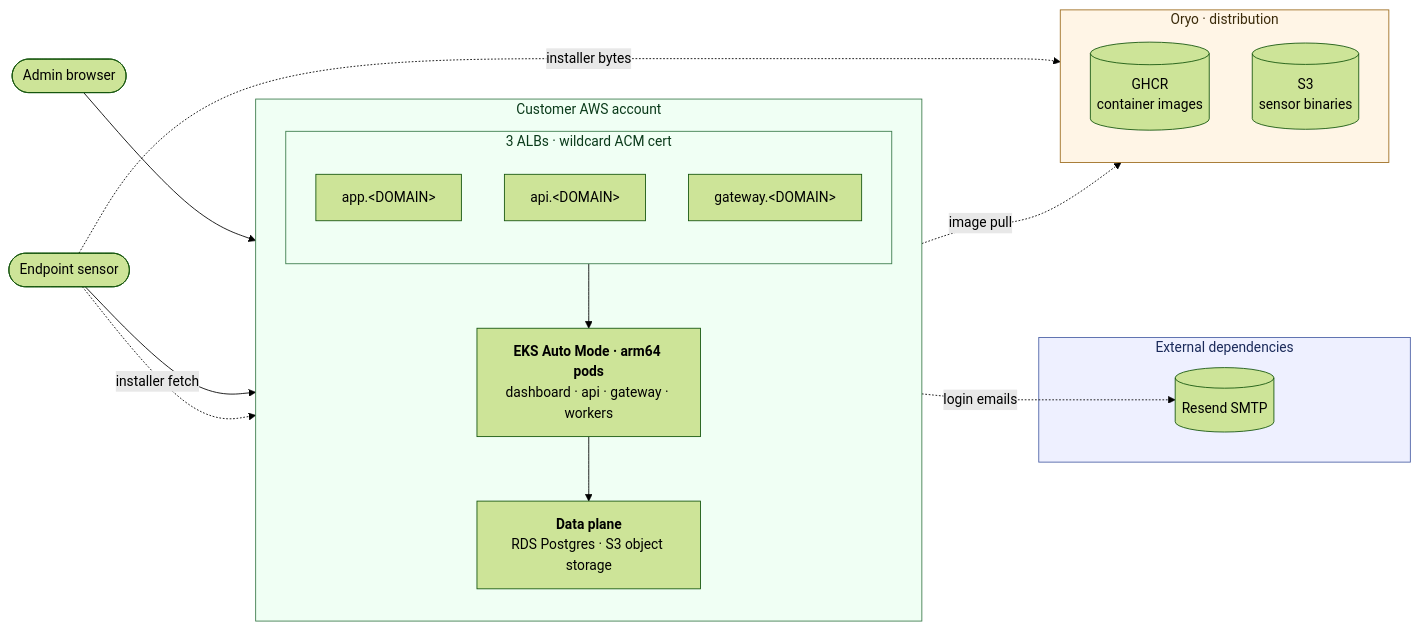
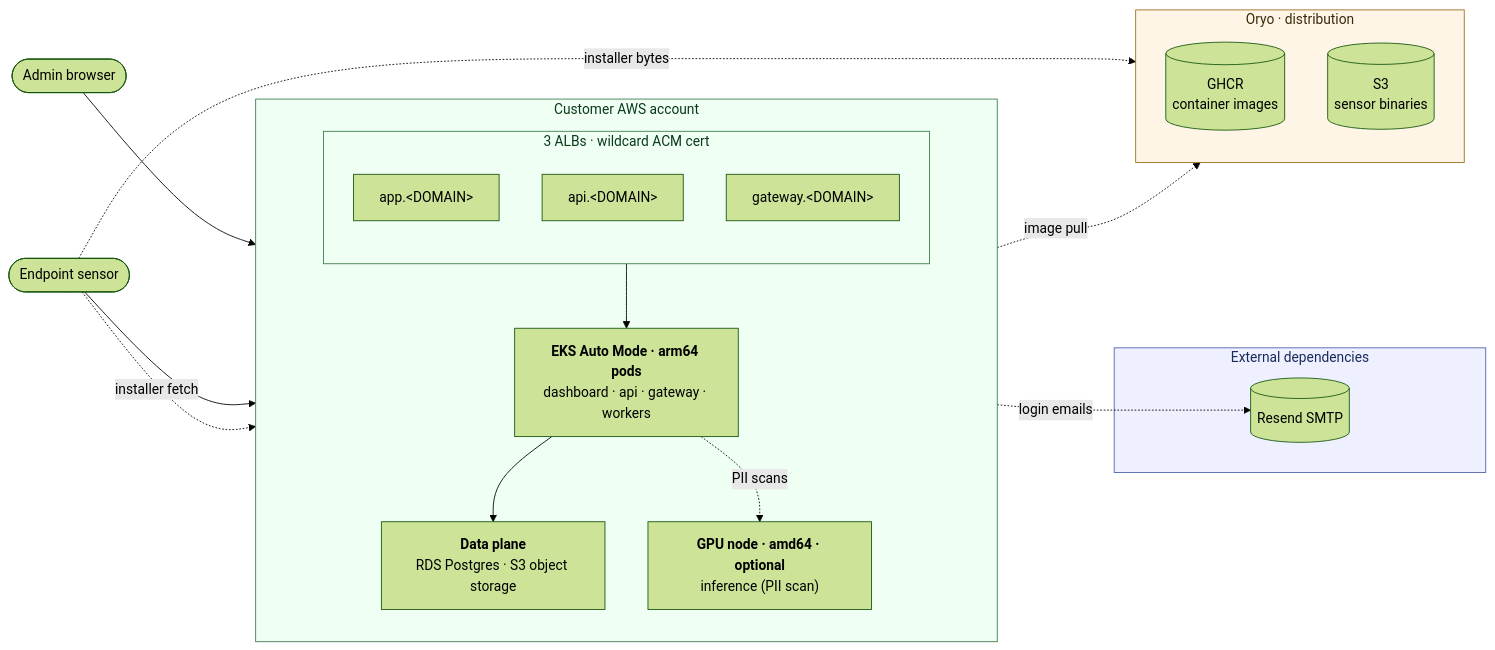
The diagram in README.md (oryo-identity/oryo-private-deploy), drawn with Mermaid (forest theme) before and after one commit. The commit also changed other lines of this file and 9 other files, not shown here.

First line of the commit message:
Optional GPU inference service (ML PII scanning): chart + docs (#37)

````diff
--- a/README.md
+++ b/README.md
@@ -40,42 +43,44 @@
 ```mermaid
 flowchart LR
     BROWSER([Admin browser])
     SENSOR([Endpoint sensor])
 
     subgraph CUST["Customer AWS account"]
         direction TB
         subgraph ING["3 ALBs · wildcard ACM cert"]
             direction TB
             ALB_APP[app.&lt;DOMAIN&gt;]
             ALB_API[api.&lt;DOMAIN&gt;]
             ALB_GW[gateway.&lt;DOMAIN&gt;]
         end
         PODS["<b>EKS Auto Mode · arm64 pods</b><br/>dashboard · api · gateway · workers"]
+        GPU["<b>GPU node · amd64 · optional</b><br/>inference (PII scan)"]
         DATA["<b>Data plane</b><br/>RDS Postgres · S3 object storage"]
         ING --> PODS --> DATA
+        PODS -. PII scans .-> GPU
     end
 
     subgraph EXTDEPS["External dependencies"]
         RESEND[(Resend SMTP)]
     end
 
     subgraph ORYO["Oryo · distribution"]
         direction TB
         GHCR[(GHCR<br/>container images)]
         BIN[(S3<br/>sensor binaries)]
     end
 
     BROWSER --> ALB_APP
     SENSOR --> ALB_GW
     SENSOR -. installer fetch .-> ALB_API
     SENSOR -. installer bytes .-> BIN
     PODS -. login emails .-> RESEND
     PODS -. image pull .-> GHCR
 
     classDef cust fill:#f0fff4,stroke:#3a7a4a,color:#0a3a1a
     classDef oryo fill:#fff5e6,stroke:#9c6b1d,color:#3a2a0a
     classDef ext fill:#eef0ff,stroke:#4a5fa5,color:#1a2a5a
     class CUST,ING cust
     class ORYO oryo
     class EXTDEPS ext
 ```
````
